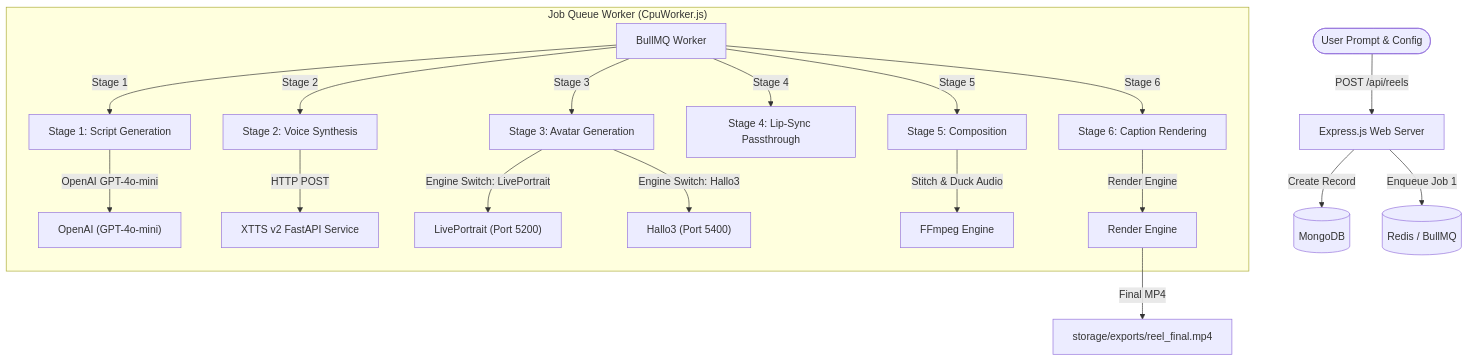
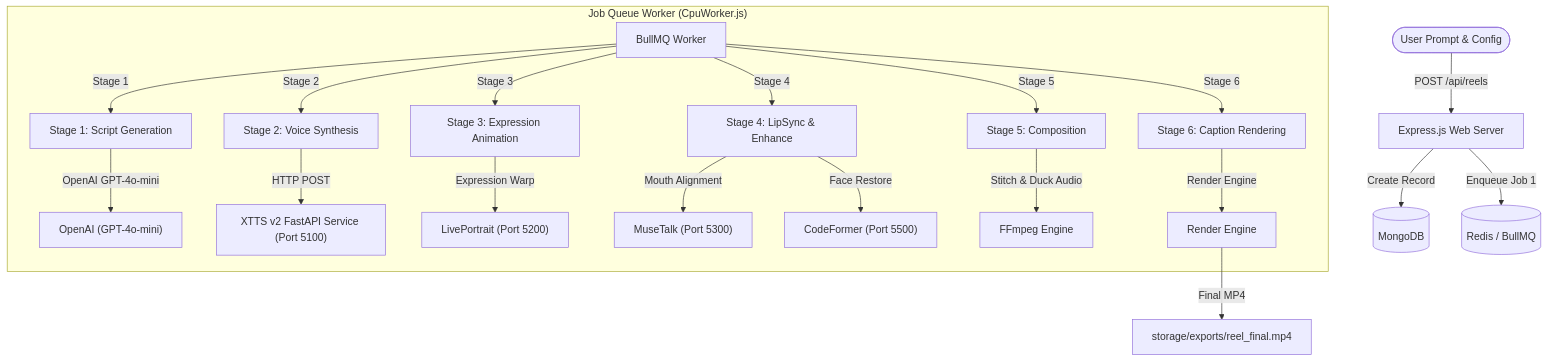
Before and after one commit to ShaileshLambode/avatar-reels: the diagram in docs/system_architecture.md, drawn with Mermaid. The commit also changed other lines of this file and 145 other files, not shown here.

Commit message:
docs: update setup/readmes for 6-stage GPU pipeline and clean up hallo3

````diff
--- a/docs/system_architecture.md
+++ b/docs/system_architecture.md
@@ -13,30 +13,31 @@
 ```mermaid
 graph TD
     User(["User Prompt & Config"]) -->|POST /api/reels| Express["Express.js Web Server"]
     Express -->|Create Record| MongoDB[(MongoDB)]
     Express -->|Enqueue Job 1| Redis[(Redis / BullMQ)]
     
     subgraph JobQueueWorker ["Job Queue Worker (CpuWorker.js)"]
         Worker["BullMQ Worker"]
         
         Worker -->|Stage 1| StageScript["Stage 1: Script Generation"]
         StageScript -->|OpenAI GPT-4o-mini| OpenAI["OpenAI (GPT-4o-mini)"]
         
         Worker -->|Stage 2| StageVoice["Stage 2: Voice Synthesis"]
-        StageVoice -->|HTTP POST| TTS["XTTS v2 FastAPI Service"]
+        StageVoice -->|HTTP POST| TTS["XTTS v2 FastAPI Service (Port 5100)"]
         
-        Worker -->|Stage 3| StageAvatar["Stage 3: Avatar Generation"]
-        StageAvatar -->|Engine Switch: LivePortrait| LivePortrait["LivePortrait (Port 5200)"]
-        StageAvatar -->|Engine Switch: Hallo3| Hallo3["Hallo3 (Port 5400)"]
+        Worker -->|Stage 3| StageAvatar["Stage 3: Expression Animation"]
+        StageAvatar -->|Expression Warp| LivePortrait["LivePortrait (Port 5200)"]
         
-        Worker -->|Stage 4| StageLipSync["Stage 4: Lip-Sync Passthrough"]
+        Worker -->|Stage 4| StageLipSync["Stage 4: LipSync & Enhance"]
+        StageLipSync -->|Mouth Alignment| MuseTalk["MuseTalk (Port 5300)"]
+        StageLipSync -->|Face Restore| CodeFormer["CodeFormer (Port 5500)"]
         
         Worker -->|Stage 5| StageCompose["Stage 5: Composition"]
         StageCompose -->|Stitch & Duck Audio| FFmpeg["FFmpeg Engine"]
         
         Worker -->|Stage 6| StageCaption["Stage 6: Caption Rendering"]
         StageCaption -->|Render Engine| Remotion["Render Engine"]
     end
     
     Remotion -->|Final MP4| Export["storage/exports/reel_final.mp4"]
 ```
````
